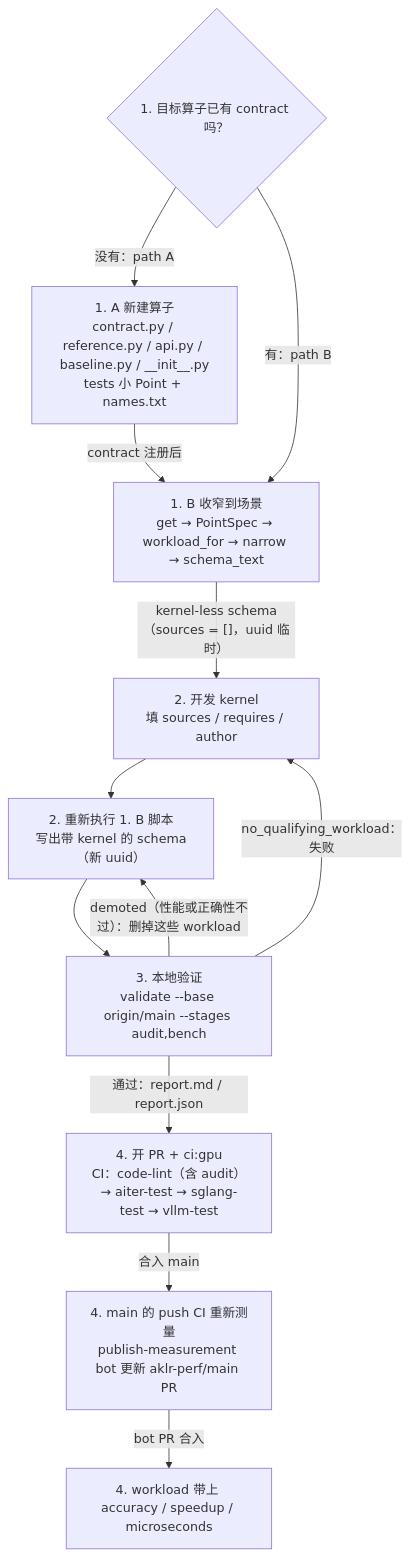
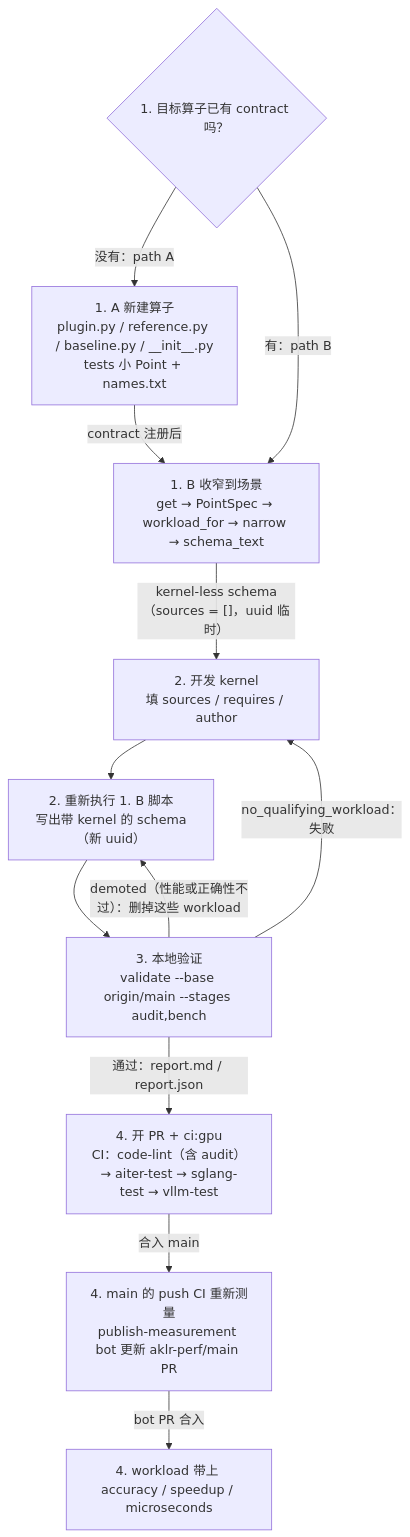
Before and after one commit to AMD-AGI/AKLR: the diagram in docs/ops_tutorial.zh.md, drawn with Mermaid. The commit also changed other lines of this file and 713 other files, not shown here.

````diff
--- a/docs/ops_tutorial.zh.md
+++ b/docs/ops_tutorial.zh.md
@@ -13,14 +13,14 @@
 ```mermaid
 flowchart TD
-    S{"1. 目标算子已有 contract 吗？"} -->|"没有：path A"| A["1. A 新建算子<br/>contract.py / reference.py / api.py / baseline.py / __init__.py<br/>tests 小 Point + names.txt"]
+    S{"1. 目标算子已有 contract 吗？"} -->|"没有：path A"| A["1. A 新建算子<br/>plugin.py / reference.py / baseline.py / __init__.py<br/>tests 小 Point + names.txt"]
     S -->|"有：path B"| B["1. B 收窄到场景<br/>get → PointSpec → workload_for → narrow → schema_text"]
     A -->|"contract 注册后"| B
     B -->|"kernel-less schema<br/>（sources = []，uuid 临时）"| D["2. 开发 kernel<br/>填 sources / requires / author"]
     D --> R["2. 重新执行 1. B 脚本<br/>写出带 kernel 的 schema（新 uuid）"]
     R --> V["3. 本地验证<br/>validate --base origin/main --stages audit,bench"]
     V -->|"no_qualifying_workload：失败"| D
     V -->|"demoted（性能或正确性不过）：删掉这些 workload"| R
     V -->|"通过：report.md / report.json"| P["4. 开 PR + ci:gpu<br/>CI：code-lint（含 audit）→ aiter-test → sglang-test → vllm-test"]
     P -->|"合入 main"| M["4. main 的 push CI 重新测量<br/>publish-measurement bot 更新 aklr-perf/main PR"]
     M -->|"bot PR 合入"| N["4. workload 带上 accuracy / speedup / microseconds"]
 ```
````
